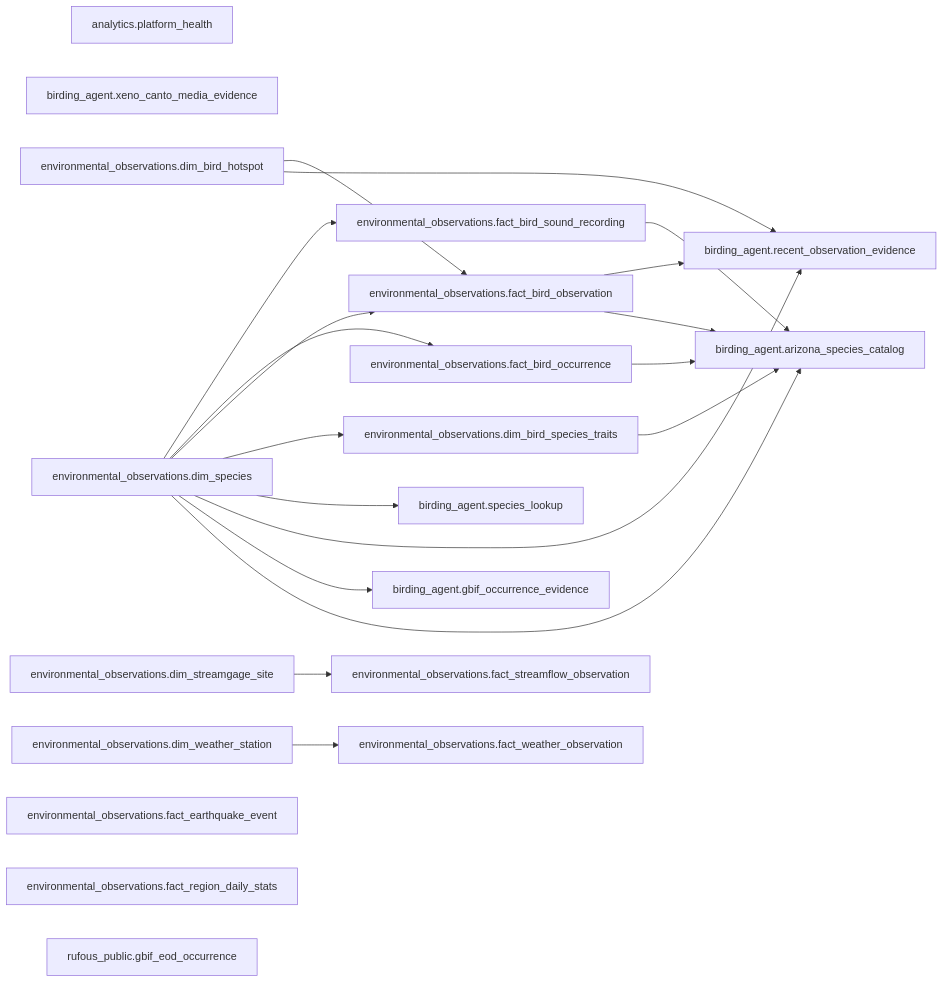
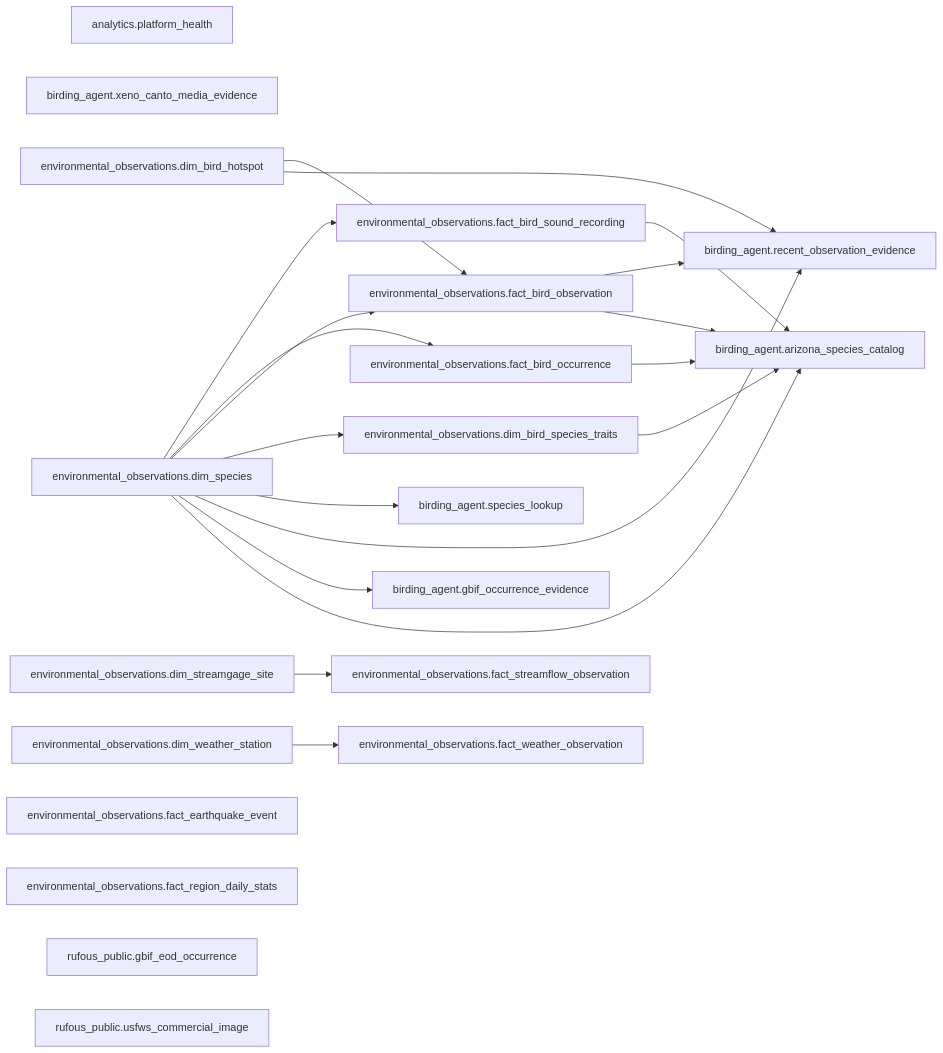
Before and after one commit to Doctacon/databox: the diagram in docs/dictionary/lineage.md, drawn with Mermaid. The commit also changed 79 other files, not shown here.

First line of the commit message:
feat(rufous): publish curated USFWS bird images

````diff
--- a/docs/dictionary/lineage.md
+++ b/docs/dictionary/lineage.md
@@ -5,59 +5,61 @@
 ```mermaid
 graph LR
     n0["analytics.platform_health"]
     n1["birding_agent.arizona_species_catalog"]
     n2["birding_agent.gbif_occurrence_evidence"]
     n3["birding_agent.recent_observation_evidence"]
     n4["birding_agent.species_lookup"]
     n5["birding_agent.xeno_canto_media_evidence"]
     n6["environmental_observations.dim_bird_hotspot"]
     n7["environmental_observations.dim_bird_species_traits"]
     n8["environmental_observations.dim_species"]
     n9["environmental_observations.dim_streamgage_site"]
     n10["environmental_observations.dim_weather_station"]
     n11["environmental_observations.fact_bird_observation"]
     n12["environmental_observations.fact_bird_occurrence"]
     n13["environmental_observations.fact_bird_sound_recording"]
     n14["environmental_observations.fact_earthquake_event"]
     n15["environmental_observations.fact_region_daily_stats"]
     n16["environmental_observations.fact_streamflow_observation"]
     n17["environmental_observations.fact_weather_observation"]
     n18["rufous_public.gbif_eod_occurrence"]
+    n19["rufous_public.usfws_commercial_image"]
     n7 --> n1
     n8 --> n1
     n11 --> n1
     n12 --> n1
     n13 --> n1
     n8 --> n2
     n6 --> n3
     n8 --> n3
     n11 --> n3
     n8 --> n4
     n8 --> n7
     n6 --> n11
     n8 --> n11
     n8 --> n12
     n8 --> n13
     n9 --> n16
     n10 --> n17
 
     click n0 "analytics/platform_health.md"
     click n1 "birding_agent/arizona_species_catalog.md"
     click n2 "birding_agent/gbif_occurrence_evidence.md"
     click n3 "birding_agent/recent_observation_evidence.md"
     click n4 "birding_agent/species_lookup.md"
     click n5 "birding_agent/xeno_canto_media_evidence.md"
     click n6 "environmental_observations/dim_bird_hotspot.md"
     click n7 "environmental_observations/dim_bird_species_traits.md"
     click n8 "environmental_observations/dim_species.md"
     click n9 "environmental_observations/dim_streamgage_site.md"
     click n10 "environmental_observations/dim_weather_station.md"
     click n11 "environmental_observations/fact_bird_observation.md"
     click n12 "environmental_observations/fact_bird_occurrence.md"
     click n13 "environmental_observations/fact_bird_sound_recording.md"
     click n14 "environmental_observations/fact_earthquake_event.md"
     click n15 "environmental_observations/fact_region_daily_stats.md"
     click n16 "environmental_observations/fact_streamflow_observation.md"
     click n17 "environmental_observations/fact_weather_observation.md"
     click n18 "rufous_public/gbif_eod_occurrence.md"
+    click n19 "rufous_public/usfws_commercial_image.md"
 ```
````
